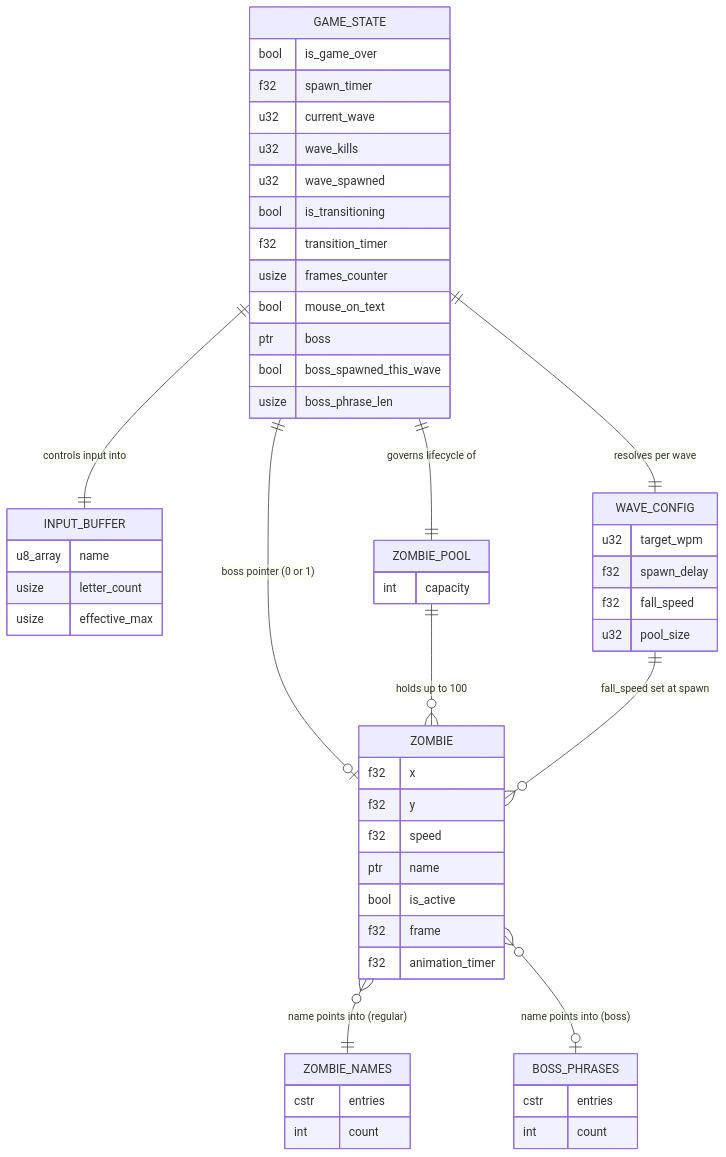
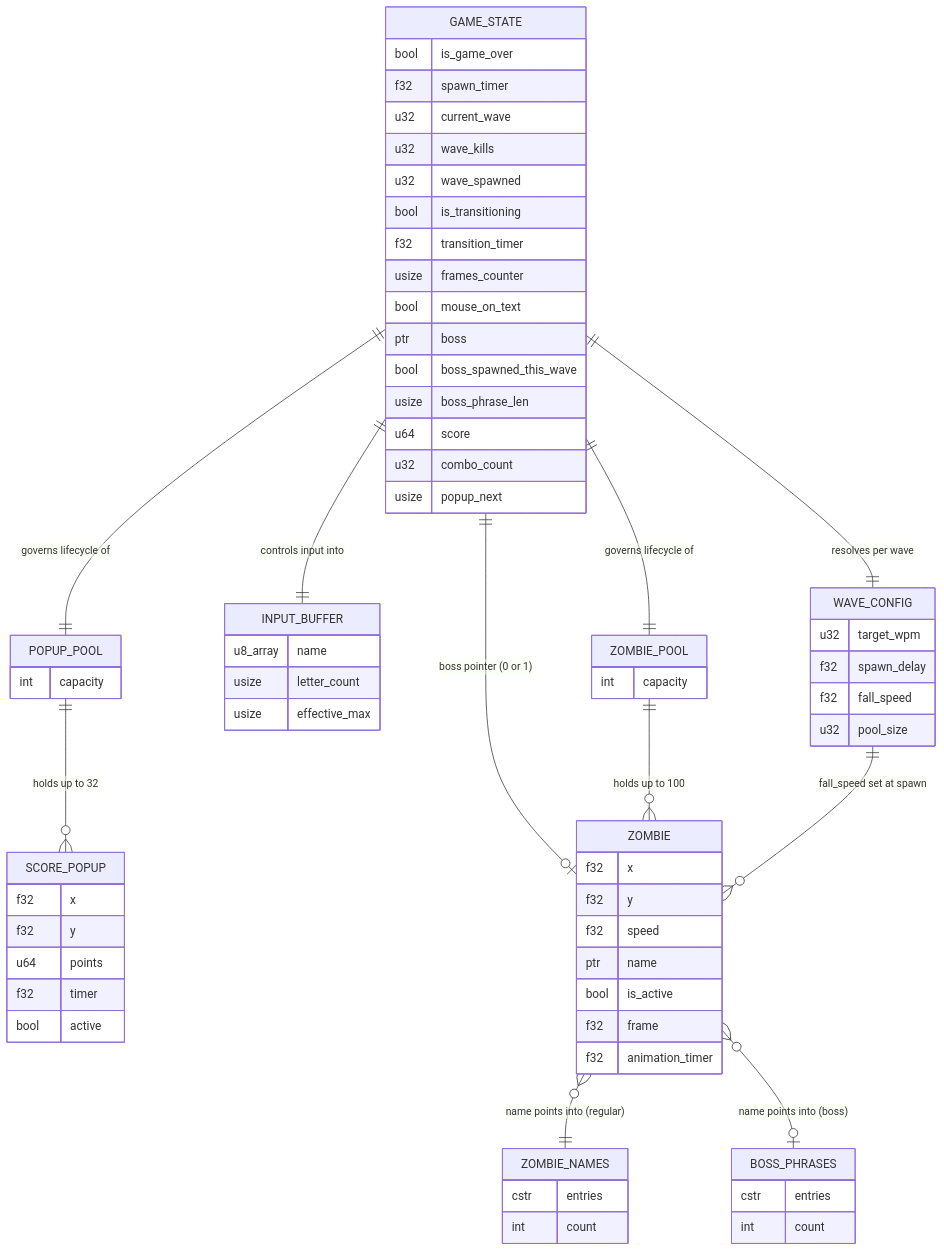
Before and after one commit to bfernandez31/death-note: the first of 3 diagrams in specs/specifications/data-model.md, drawn with Mermaid. The commit also changed other lines of this file and 2 other files, not shown here.

````diff
--- a/specs/specifications/data-model.md
+++ b/specs/specifications/data-model.md
@@ -44,63 +46,80 @@
 ```mermaid
 erDiagram
     GAME_STATE {
         bool is_game_over
         f32 spawn_timer
         u32 current_wave
         u32 wave_kills
         u32 wave_spawned
         bool is_transitioning
         f32 transition_timer
         usize frames_counter
         bool mouse_on_text
         ptr boss
         bool boss_spawned_this_wave
         usize boss_phrase_len
+        u64 score
+        u32 combo_count
+        usize popup_next
+    }
+
+    SCORE_POPUP {
+        f32 x
+        f32 y
+        u64 points
+        f32 timer
+        bool active
+    }
+
+    POPUP_POOL {
+        int capacity
     }
 
     INPUT_BUFFER {
         u8_array name
         usize letter_count
         usize effective_max
     }
 
     ZOMBIE_POOL {
         int capacity
     }
 
     ZOMBIE {
         f32 x
         f32 y
         f32 speed
         ptr name
         bool is_active
         f32 frame
         f32 animation_timer
     }
 
     ZOMBIE_NAMES {
         cstr entries
         int count
     }
 
     BOSS_PHRASES {
         cstr entries
         int count
     }
 
     WAVE_CONFIG {
         u32 target_wpm
         f32 spawn_delay
         f32 fall_speed
         u32 pool_size
     }
 
     GAME_STATE ||--|| INPUT_BUFFER : "controls input into"
     GAME_STATE ||--|| ZOMBIE_POOL : "governs lifecycle of"
     GAME_STATE ||--|| WAVE_CONFIG : "resolves per wave"
     GAME_STATE ||--o| ZOMBIE : "boss pointer (0 or 1)"
+    GAME_STATE ||--|| POPUP_POOL : "governs lifecycle of"
     ZOMBIE_POOL ||--o{ ZOMBIE : "holds up to 100"
     ZOMBIE }o--|| ZOMBIE_NAMES : "name points into (regular)"
     ZOMBIE }o--o| BOSS_PHRASES : "name points into (boss)"
     WAVE_CONFIG ||--o{ ZOMBIE : "fall_speed set at spawn"
+    POPUP_POOL ||--o{ SCORE_POPUP : "holds up to 32"
 ```
````
